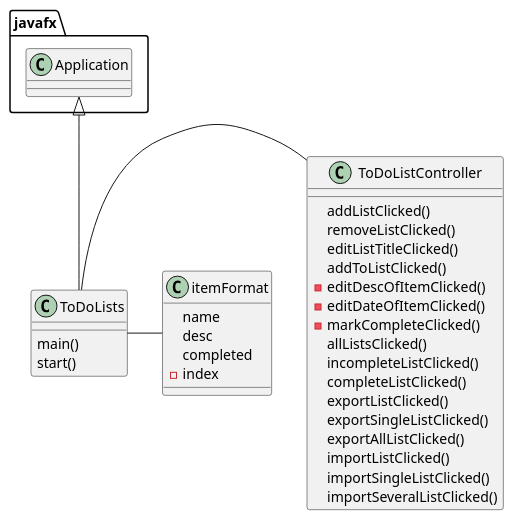
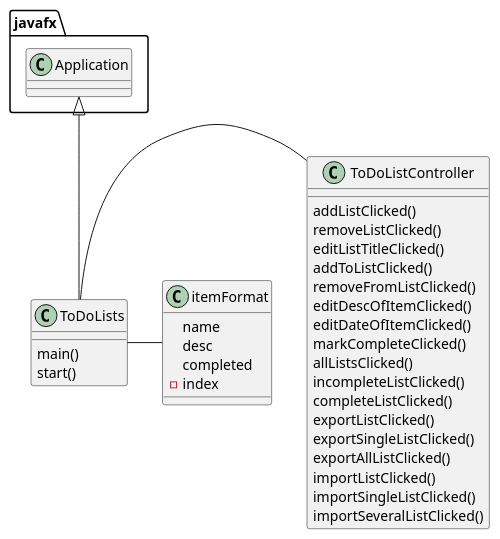
Before and after one commit to TroyBaggs314/baggs--cop3330-assignment4: the diagram in uml/Class Diagram.puml, drawn with PlantUML. The commit also changed 2 other files, not shown here.

```diff
--- a/uml/Class Diagram.puml
+++ b/uml/Class Diagram.puml
@@ -1,43 +1,44 @@
 @startuml
 'https://plantuml.com/sequence-diagram
 
 
 class ToDoLists
 {
     main()
     start()
 }
 
 class ToDoListController
 {
     addListClicked()
     removeListClicked()
     editListTitleClicked()
     addToListClicked()
-    -editDescOfItemClicked()
-    -editDateOfItemClicked()
-    -markCompleteClicked()
+    removeFromListClicked()
+    editDescOfItemClicked()
+    editDateOfItemClicked()
+    markCompleteClicked()
     allListsClicked()
     incompleteListClicked()
     completeListClicked()
     exportListClicked()
     exportSingleListClicked()
     exportAllListClicked()
     importListClicked()
     importSingleListClicked()
     importSeveralListClicked()
 }
 
 class itemFormat
 {
     name
     desc
     completed
     -index
 }
 
 javafx.Application <|-- ToDoLists
 ToDoLists - ToDoListController
 ToDoLists - itemFormat
 
 @enduml
```
